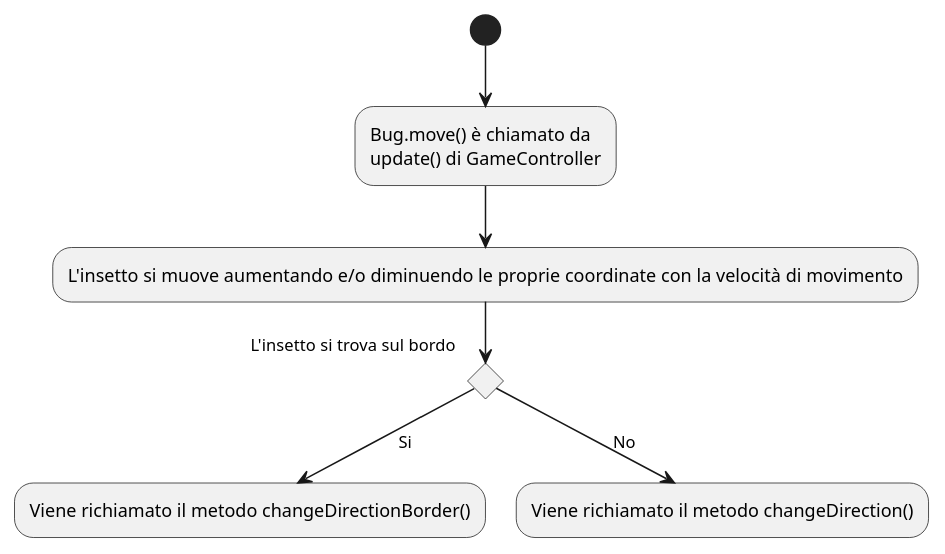
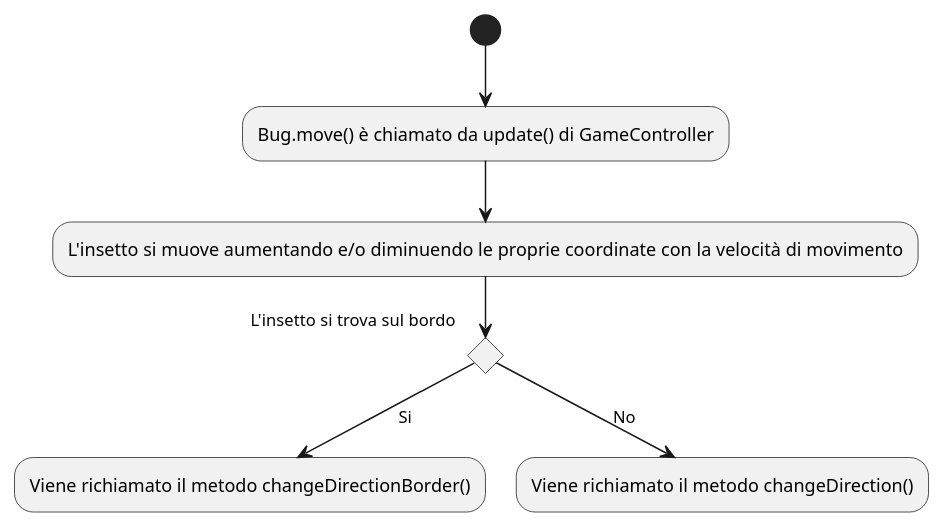
The diagram in src/model/BugMoveActivity.puml (lcintini/JFlySwatter), drawn with PlantUML before and after one commit. The commit also changed 2 other files, not shown here.

Commit message:
aggiustamenti diagrammi di flusso

```diff
--- a/src/model/BugMoveActivity.puml
+++ b/src/model/BugMoveActivity.puml
@@ -1,12 +1,12 @@
 @startuml
 'https://plantuml.com/activity-diagram-beta
 
-(*)  --> "Bug.move() è chiamato da\nupdate() di GameController"
+(*)  --> "Bug.move() è chiamato da update() di GameController"
 --> "L'insetto si muove aumentando e/o diminuendo le proprie coordinate con la velocità di movimento"
 If "L'insetto si trova sul bordo" then
 --> [Si] "Viene richiamato il metodo changeDirectionBorder()"
 else
 --> [No] "Viene richiamato il metodo changeDirection()"
 Endif
 
 @enduml
```
